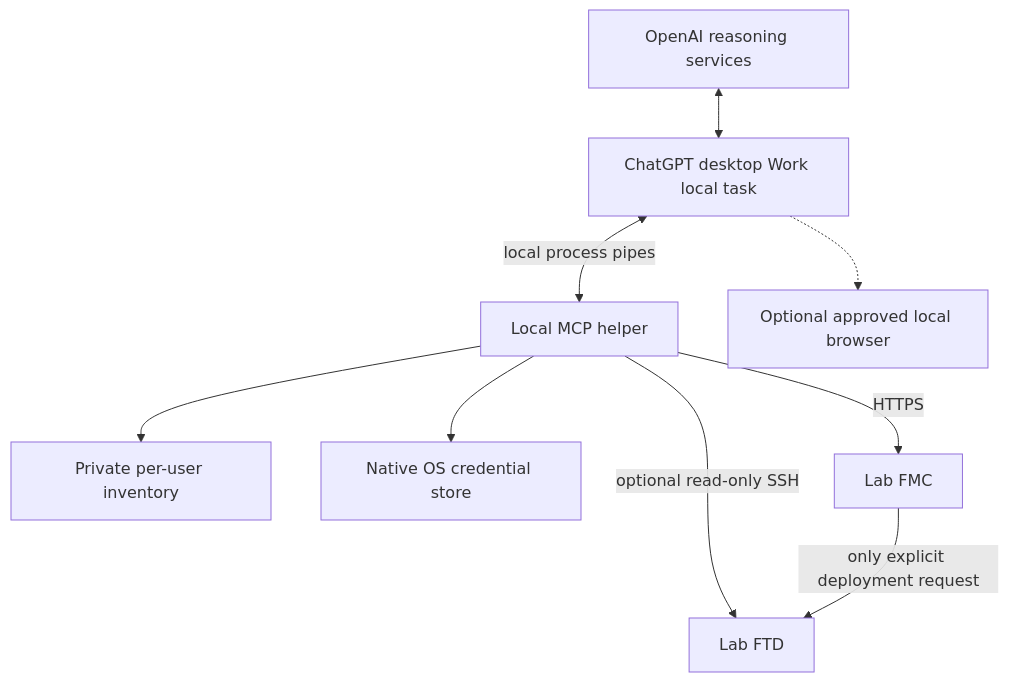
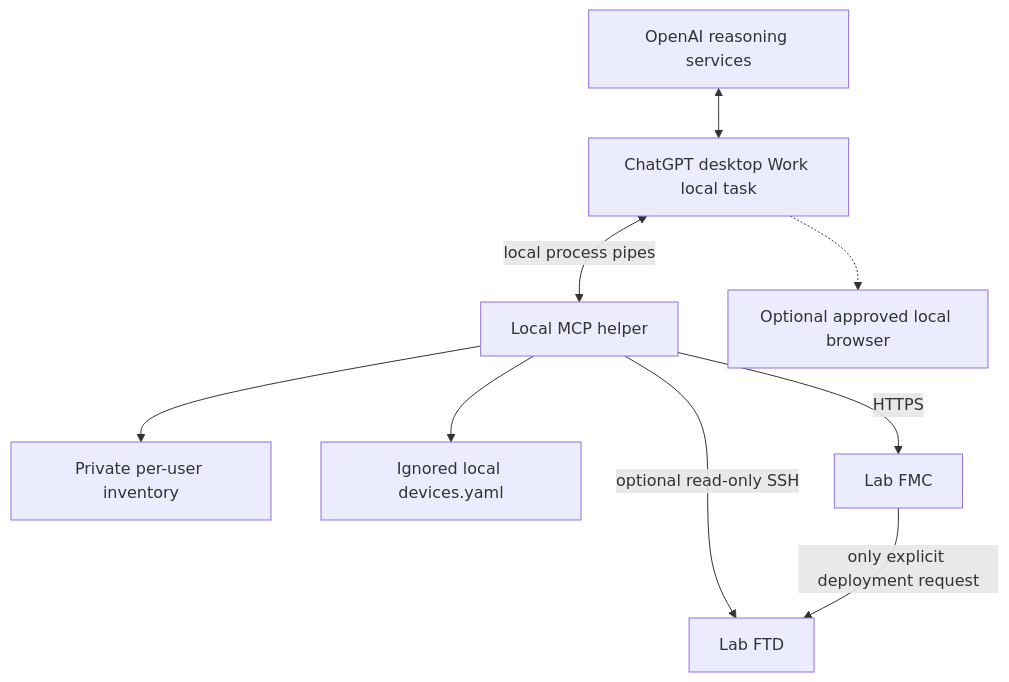
Before and after one commit to ashlin10/secure-firewall-assistant: the diagram in docs/ARCHITECTURE.md, drawn with Mermaid. The commit also changed other lines of this file and 28 other files, not shown here.

Commit message:
Store enrolled devices in local YAML and update enrollment flow

````diff
--- a/docs/ARCHITECTURE.md
+++ b/docs/ARCHITECTURE.md
@@ -9,11 +9,11 @@
 ```mermaid
 flowchart TD
   OpenAI[OpenAI reasoning services] <--> Work[ChatGPT desktop Work local task]
   Work <-->|local process pipes| Helper[Local MCP helper]
   Helper --> Inventory[Private per-user inventory]
-  Helper --> Vault[Native OS credential store]
+  Helper --> CredentialFile[Ignored local devices.yaml]
   Helper -->|HTTPS| FMC[Lab FMC]
   Helper -->|optional read-only SSH| FTD[Lab FTD]
   FMC -->|only explicit deployment request| FTD
   Work -.-> Browser[Optional approved local browser]
 ```
````
